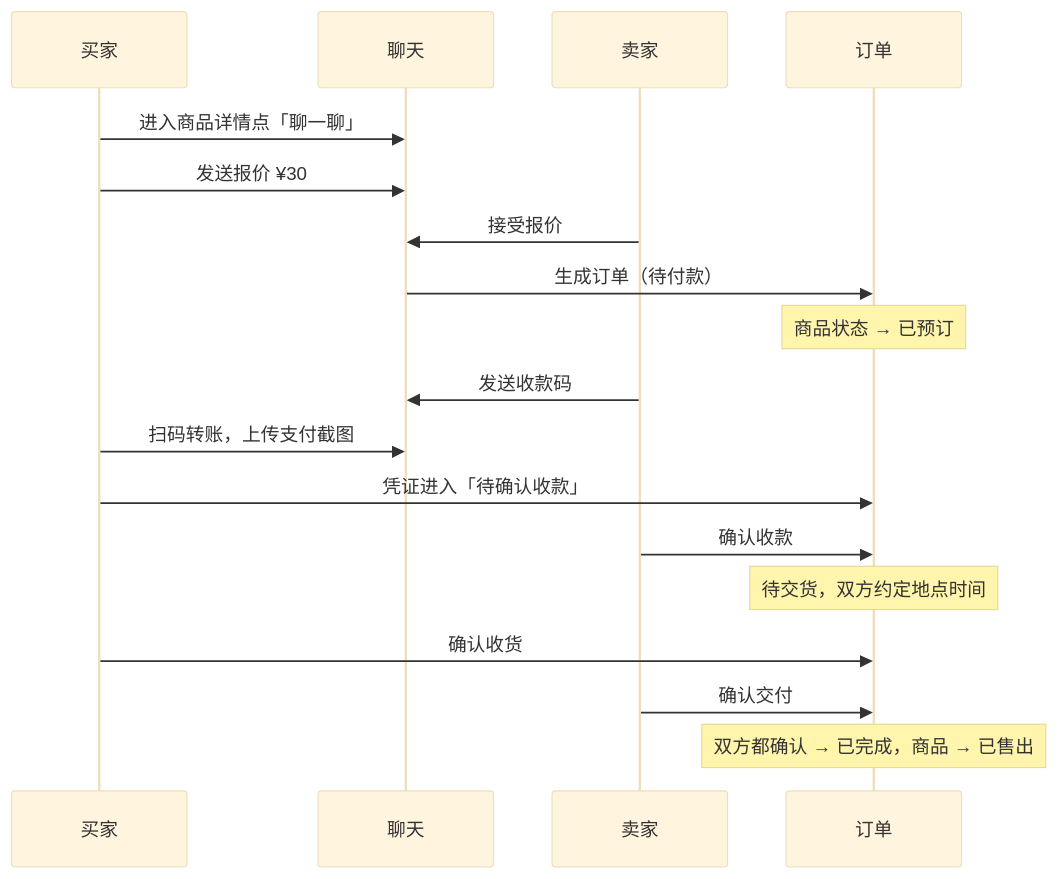
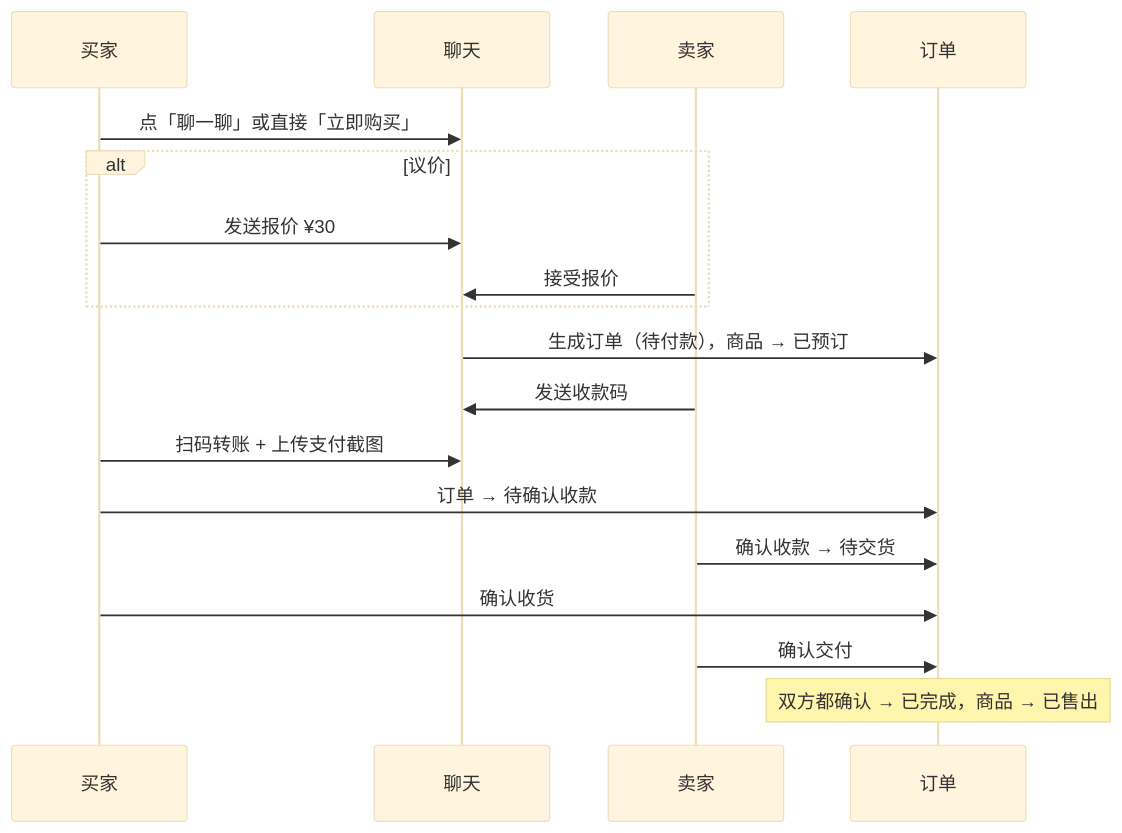
The diagram in README.md (ydlo7/campus-flea-market), drawn with Mermaid (base theme) before and after one commit. The commit also changed other lines of this file and 11 other files, not shown here.

First line of the commit message:
docs: 全栈版 README / 架构 / PRD / 简历，替换截图

````diff
--- a/README.md
+++ b/README.md
@@ -61,21 +45,21 @@
 ```mermaid
 sequenceDiagram
     participant 买家
     participant 聊天
     participant 卖家
     participant 订单
 
-    买家->>聊天: 进入商品详情点「聊一聊」
-    买家->>聊天: 发送报价 ¥30
-    卖家->>聊天: 接受报价
-    聊天->>订单: 生成订单（待付款）
-    Note over 订单: 商品状态 → 已预订
+    买家->>聊天: 点「聊一聊」或直接「立即购买」
+    alt 议价
+        买家->>聊天: 发送报价 ¥30
+        卖家->>聊天: 接受报价
+    end
+    聊天->>订单: 生成订单（待付款），商品 → 已预订
     卖家->>聊天: 发送收款码
-    买家->>聊天: 扫码转账，上传支付截图
-    买家->>订单: 凭证进入「待确认收款」
-    卖家->>订单: 确认收款
-    Note over 订单: 待交货，双方约定地点时间
+    买家->>聊天: 扫码转账 + 上传支付截图
+    买家->>订单: 订单 → 待确认收款
+    卖家->>订单: 确认收款 → 待交货
     买家->>订单: 确认收货
     卖家->>订单: 确认交付
     Note over 订单: 双方都确认 → 已完成，商品 → 已售出
 ```
````
